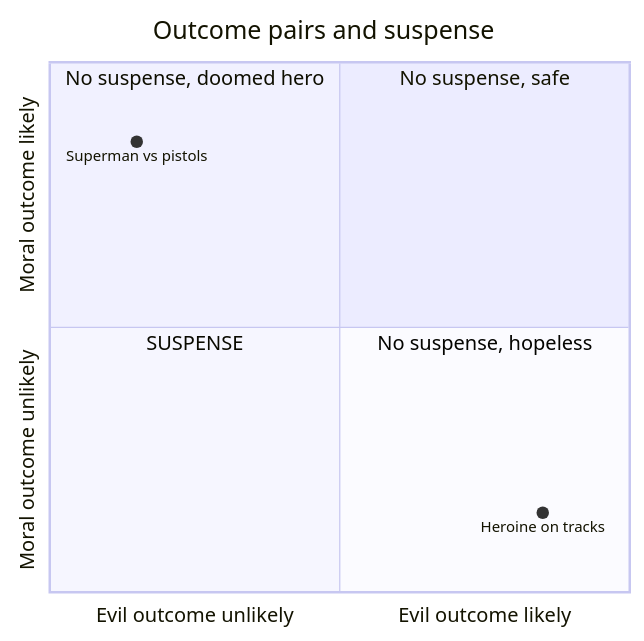
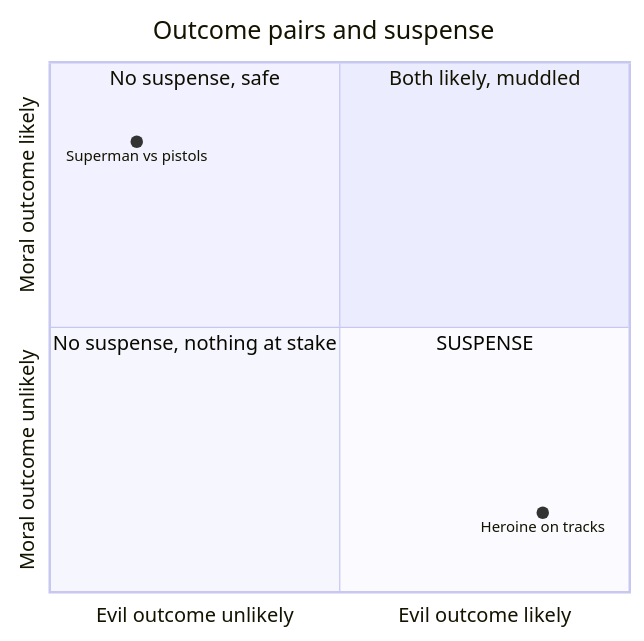
Before and after one commit to leechseed/_setsunadev: the fourth of 4 diagrams in _0.1_BVX_LEARN/KNOWLEDGE_AREAS/BVX.0840.md, drawn with Mermaid. The commit also changed 11 other files, not shown here.

````diff
--- a/_0.1_BVX_LEARN/KNOWLEDGE_AREAS/BVX.0840.md
+++ b/_0.1_BVX_LEARN/KNOWLEDGE_AREAS/BVX.0840.md
@@ -105,12 +105,12 @@
 ```mermaid
 quadrantChart
     title Outcome pairs and suspense
     x-axis Evil outcome unlikely --> Evil outcome likely
     y-axis Moral outcome unlikely --> Moral outcome likely
-    quadrant-1 No suspense, safe
-    quadrant-2 No suspense, doomed hero
-    quadrant-3 SUSPENSE
-    quadrant-4 No suspense, hopeless
+    quadrant-1 Both likely, muddled
+    quadrant-2 No suspense, safe
+    quadrant-3 No suspense, nothing at stake
+    quadrant-4 SUSPENSE
     Heroine on tracks: [0.85, 0.15]
     Superman vs pistols: [0.15, 0.85]
 ```
````
